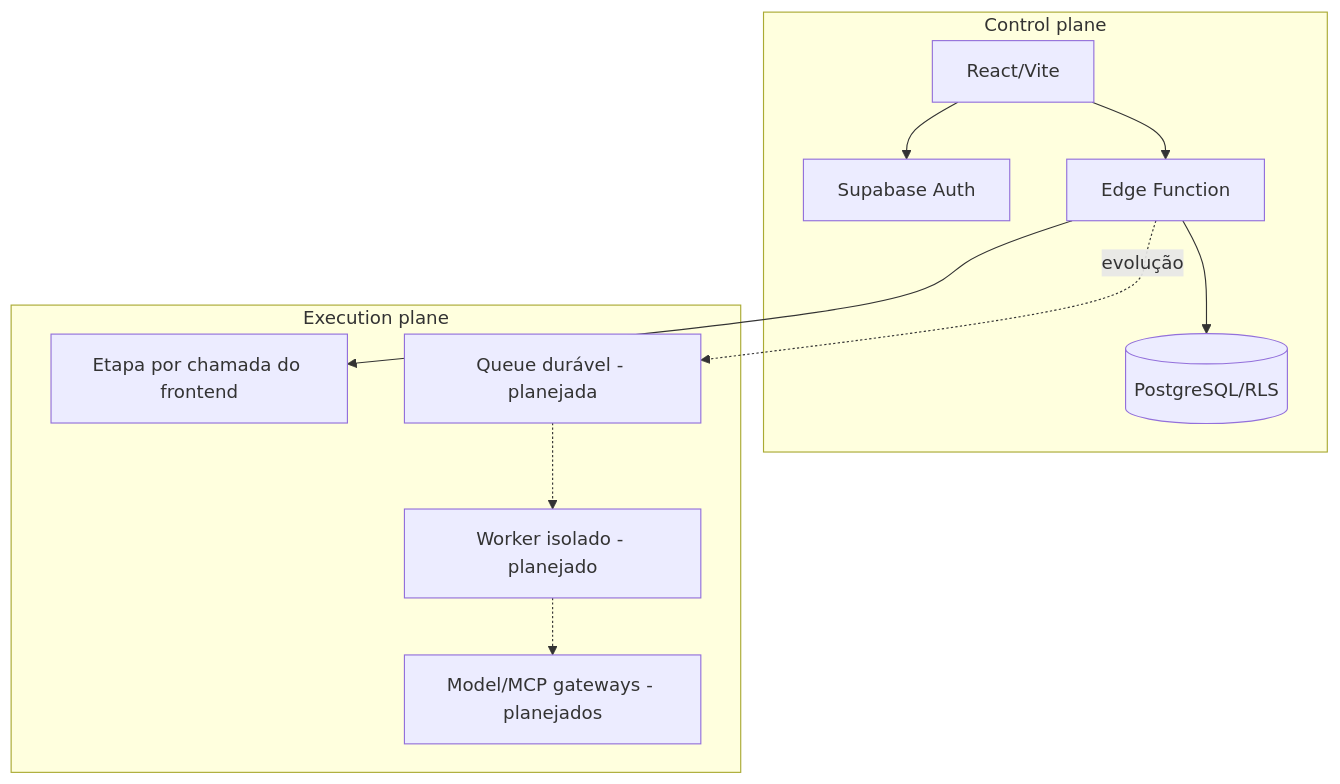
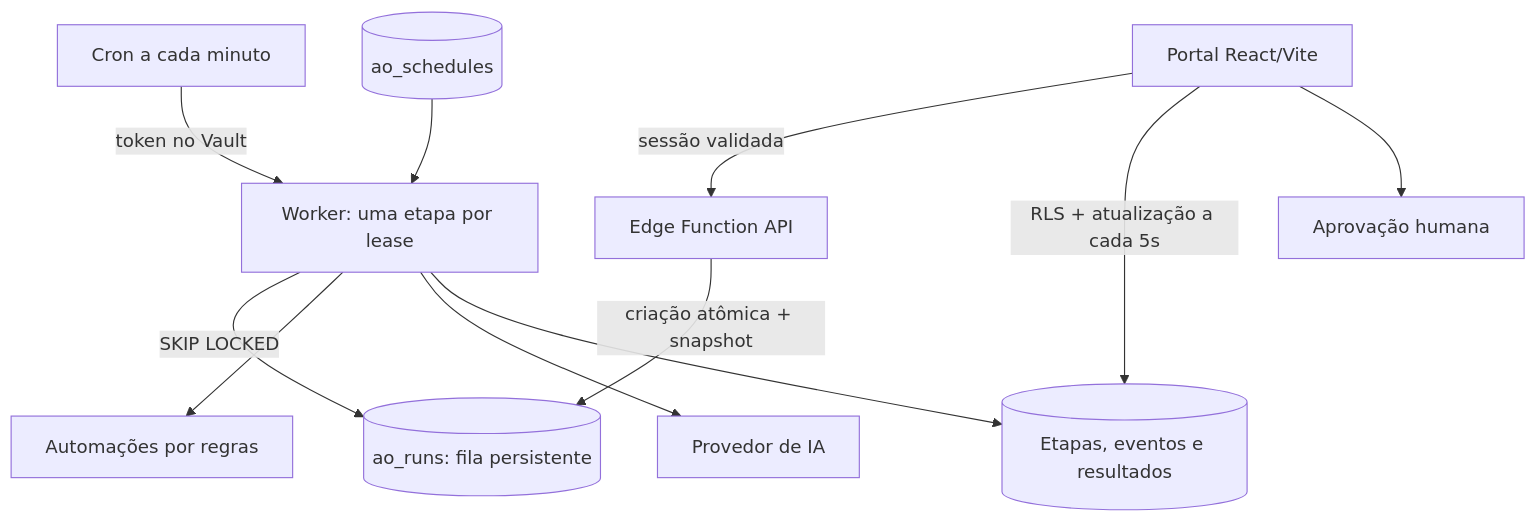
One commit to RPA-Automatic/portal-orchestrator-ai changed the diagram in docs/architecture/diagrams/control-execution-plane.mmd. Above: the diagram before and after it, drawn with Mermaid. The commit also changed 42 other files, not shown here.

```diff
--- a/docs/architecture/diagrams/control-execution-plane.mmd
+++ b/docs/architecture/diagrams/control-execution-plane.mmd
@@ -1,20 +1,11 @@
 flowchart TB
-    subgraph Control[Control plane]
-      UI[React/Vite]
-      Auth[Supabase Auth]
-      DB[(PostgreSQL/RLS)]
-      Edge[Edge Function]
-      UI --> Auth
-      UI --> Edge
-      Edge --> DB
-    end
-    subgraph Execution[Execution plane]
-      Current[Etapa por chamada do frontend]
-      Queue[Queue durável - planejada]
-      Worker[Worker isolado - planejado]
-      Gateway[Model/MCP gateways - planejados]
-      Queue -.-> Worker
-      Worker -.-> Gateway
-    end
-    Edge --> Current
-    Edge -. evolução .-> Queue
+  UI[Portal React/Vite] -->|sessão validada| API[Edge Function API]
+  API -->|criação atômica + snapshot| Queue[(ao_runs: fila persistente)]
+  Cron[Cron a cada minuto] -->|token no Vault| Worker[Worker: uma etapa por lease]
+  Schedules[(ao_schedules)] --> Worker
+  Worker -->|SKIP LOCKED| Queue
+  Worker --> Rules[Automações por regras]
+  Worker --> AI[Provedor de IA]
+  Worker --> Results[(Etapas, eventos e resultados)]
+  UI -->|RLS + atualização a cada 5s| Results
+  UI --> Review[Aprovação humana]
```
